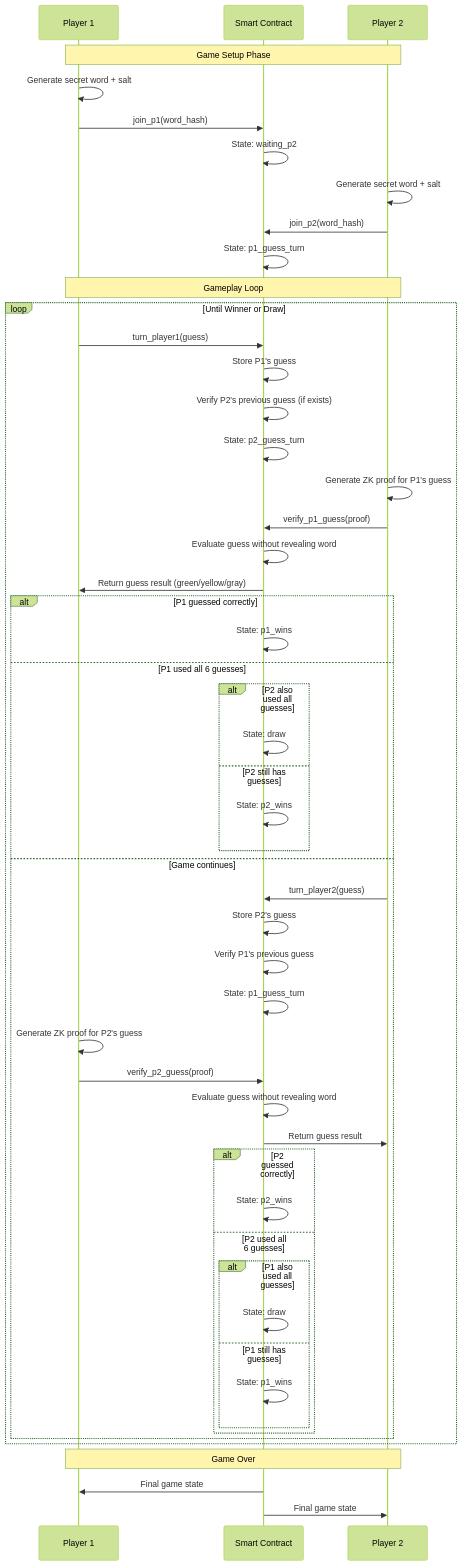
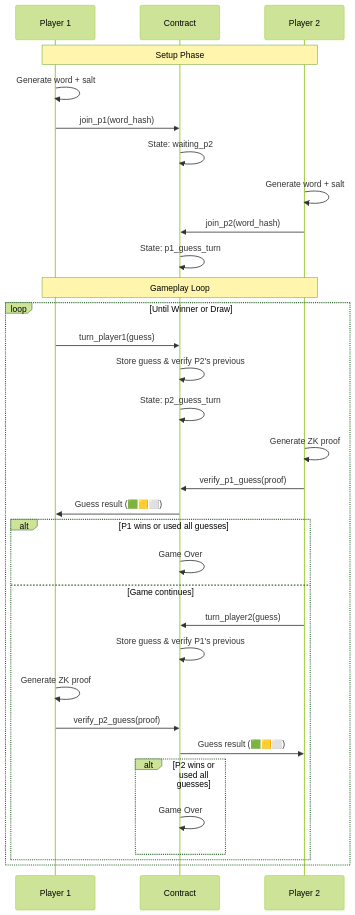
Before and after one commit to kaleababayneh/mn-wordle: the diagram in README.md, drawn with Mermaid (forest theme). The commit also changed other lines of this file, not shown here.

Commit message:
update sequence diagram

````diff
--- a/README.md
+++ b/README.md
@@ -34,62 +33,41 @@
 ```mermaid
 sequenceDiagram
     participant P1 as Player 1
-    participant Contract as Smart Contract
+    participant Contract as Contract
     participant P2 as Player 2
-    
-    Note over P1,P2: Game Setup Phase
-    P1->>P1: Generate secret word + salt
+  
+    Note over P1,P2: Setup Phase
+    P1->>P1: Generate word + salt
     P1->>Contract: join_p1(word_hash)
     Contract->>Contract: State: waiting_p2
-    
-    P2->>P2: Generate secret word + salt
+  
+    P2->>P2: Generate word + salt
     P2->>Contract: join_p2(word_hash)
     Contract->>Contract: State: p1_guess_turn
-    
+  
     Note over P1,P2: Gameplay Loop
     loop Until Winner or Draw
         P1->>Contract: turn_player1(guess)
-        Contract->>Contract: Store P1's guess
-        Contract->>Contract: Verify P2's previous guess (if exists)
+        Contract->>Contract: Store guess & verify P2's previous
         Contract->>Contract: State: p2_guess_turn
-        
-        P2->>P2: Generate ZK proof for P1's guess
+      
+        P2->>P2: Generate ZK proof
         P2->>Contract: verify_p1_guess(proof)
-        Contract->>Contract: Evaluate guess without revealing word
-        Contract->>P1: Return guess result (green/yellow/gray)
-        
-        alt P1 guessed correctly
-            Contract->>Contract: State: p1_wins
-        else P1 used all 6 guesses
-            alt P2 also used all guesses
-                Contract->>Contract: State: draw
-            else P2 still has guesses
-                Contract->>Contract: State: p2_wins
-            end
+        Contract->>P1: Guess result (🟩🟨⬜)
+      
+        alt P1 wins or used all guesses
+            Contract->>Contract: Game Over
         else Game continues
             P2->>Contract: turn_player2(guess)
-            Contract->>Contract: Store P2's guess
-            Contract->>Contract: Verify P1's previous guess
-            Contract->>Contract: State: p1_guess_turn
-            
-            P1->>P1: Generate ZK proof for P2's guess
+            Contract->>Contract: Store guess & verify P1's previous
+          
+            P1->>P1: Generate ZK proof
             P1->>Contract: verify_p2_guess(proof)
-            Contract->>Contract: Evaluate guess without revealing word
-            Contract->>P2: Return guess result
-            
-            alt P2 guessed correctly
-                Contract->>Contract: State: p2_wins
-            else P2 used all 6 guesses
-                alt P1 also used all guesses
-                    Contract->>Contract: State: draw
-                else P1 still has guesses
-                    Contract->>Contract: State: p1_wins
-                end
+            Contract->>P2: Guess result (🟩🟨⬜)
+          
+            alt P2 wins or used all guesses
+                Contract->>Contract: Game Over
             end
         end
     end
-    
-    Note over P1,P2: Game Over
-    Contract->>P1: Final game state
-    Contract->>P2: Final game state
 ```
````
